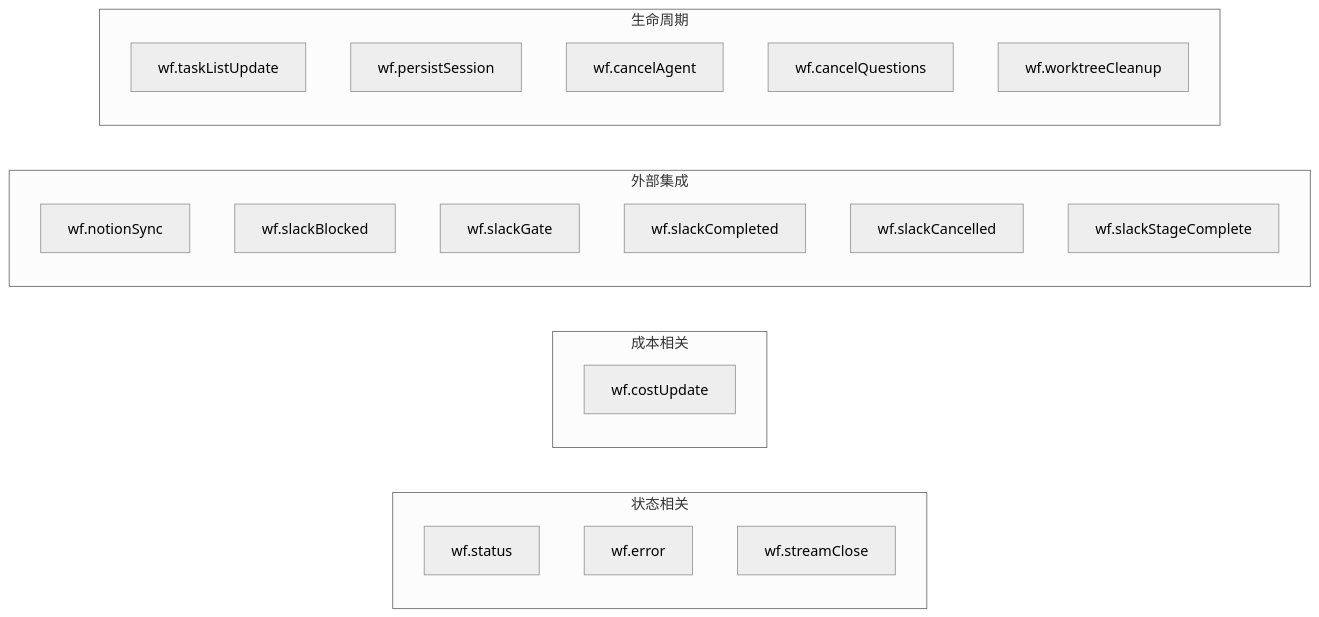
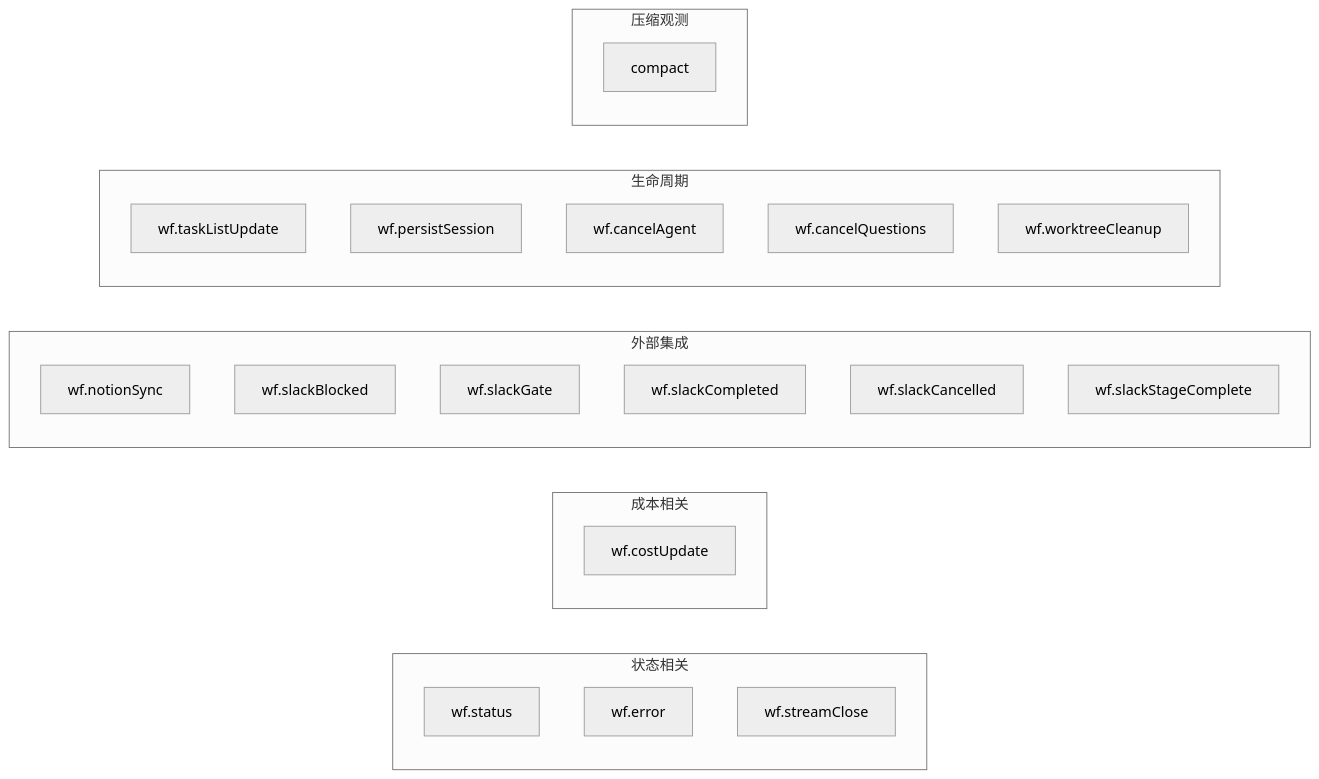
One commit to ymh357/workflow-control changed diagram 12 of 12 in docs/architecture-visual.md. Above: the diagram before and after it, drawn with Mermaid (neutral theme). The commit also changed other lines of this file and 9 other files, not shown here.

````diff
--- a/docs/architecture-visual.md
+++ b/docs/architecture-visual.md
@@ -521,26 +560,29 @@
 ```mermaid
 flowchart LR
   subgraph Status[状态相关]
     E1[wf.status]
     E2[wf.error]
     E3[wf.streamClose]
   end
   subgraph Cost[成本相关]
     E4[wf.costUpdate]
   end
   subgraph External[外部集成]
     E5[wf.notionSync]
     E6[wf.slackBlocked]
     E7[wf.slackGate]
     E8[wf.slackCompleted]
     E9[wf.slackCancelled]
     E10[wf.slackStageComplete]
   end
   subgraph Lifecycle[生命周期]
     E11[wf.taskListUpdate]
     E12[wf.persistSession]
     E13[wf.cancelAgent]
     E14[wf.cancelQuestions]
     E15[wf.worktreeCleanup]
   end
+  subgraph Compact[压缩观测]
+    E16[compact]
+  end
 ```
````
